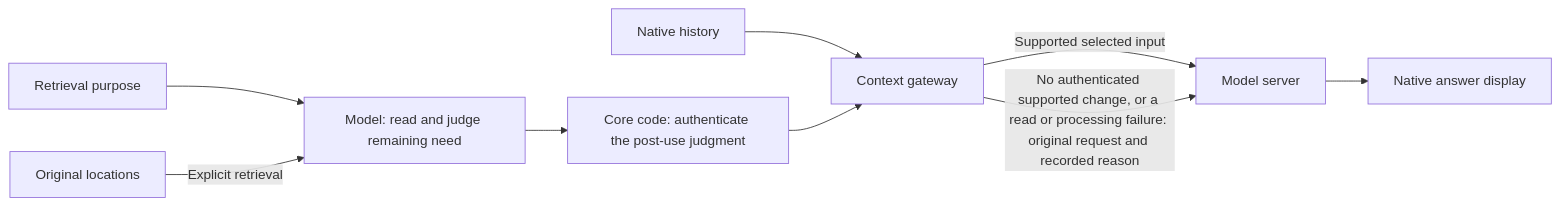
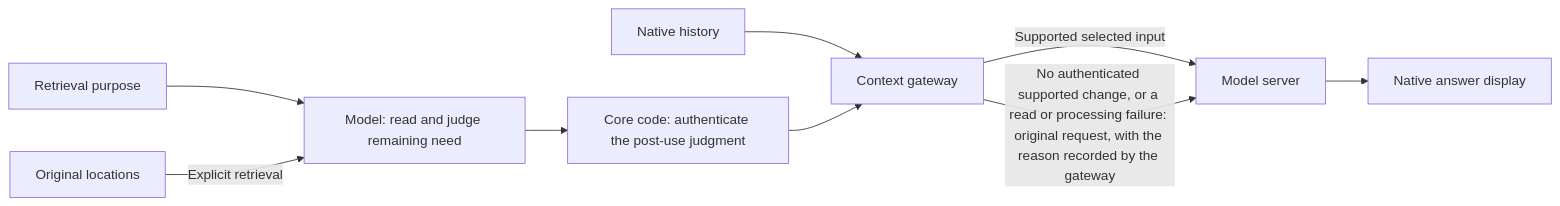
The sixth of 6 diagrams in architecture.md (AidALL/ghost-alice), drawn with Mermaid before and after one commit. The commit also changed other lines of this file and 12 other files, not shown here.

````diff
--- a/architecture.md
+++ b/architecture.md
@@ -106,11 +163,11 @@
 ```mermaid
 flowchart LR
   P["Retrieval purpose"] --> M["Model: read and judge remaining need"]
   M --> C["Core code: authenticate the post-use judgment"]
   H["Native history"] --> A["Context gateway"]
   C --> A
   A -->|Supported selected input| S["Model server"]
-  A -->|No authenticated supported change, or a read or processing failure: original request and recorded reason| S
+  A -->|No authenticated supported change, or a read or processing failure: original request, with the reason recorded by the gateway| S
   S --> D["Native answer display"]
   O["Original locations"] -->|Explicit retrieval| M
 ```
````
